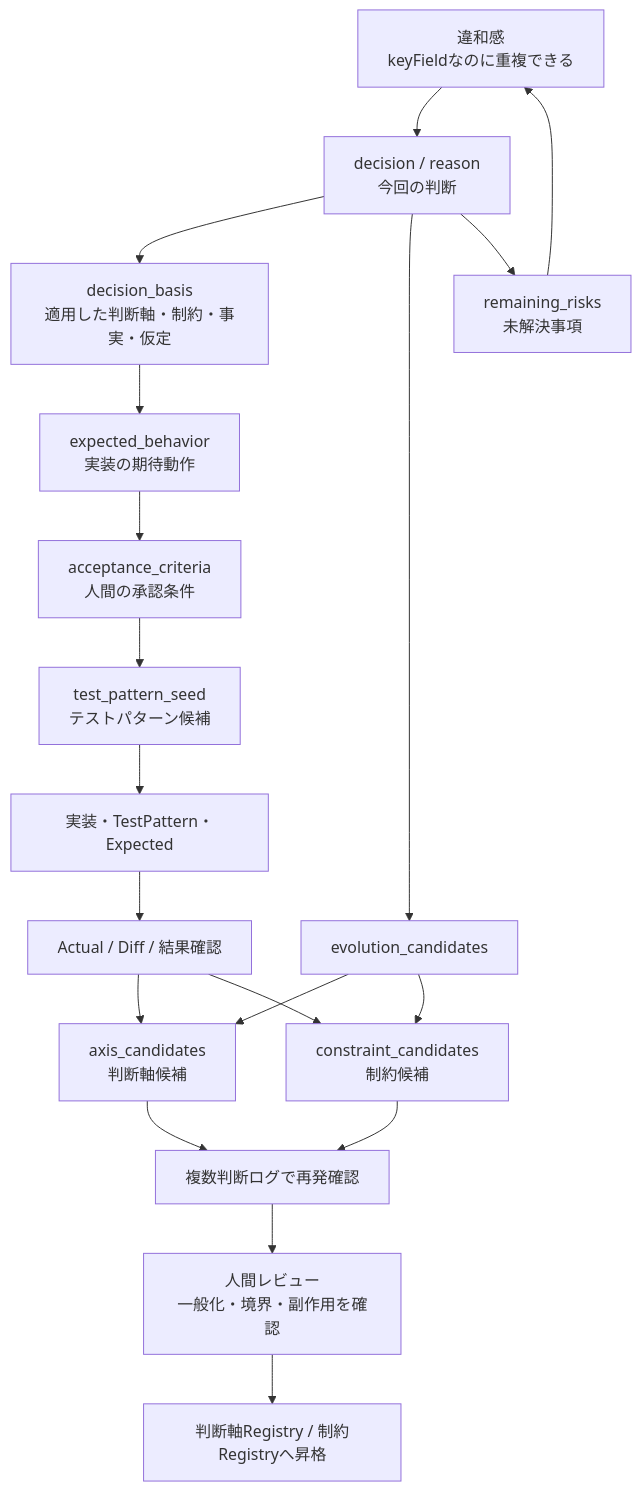
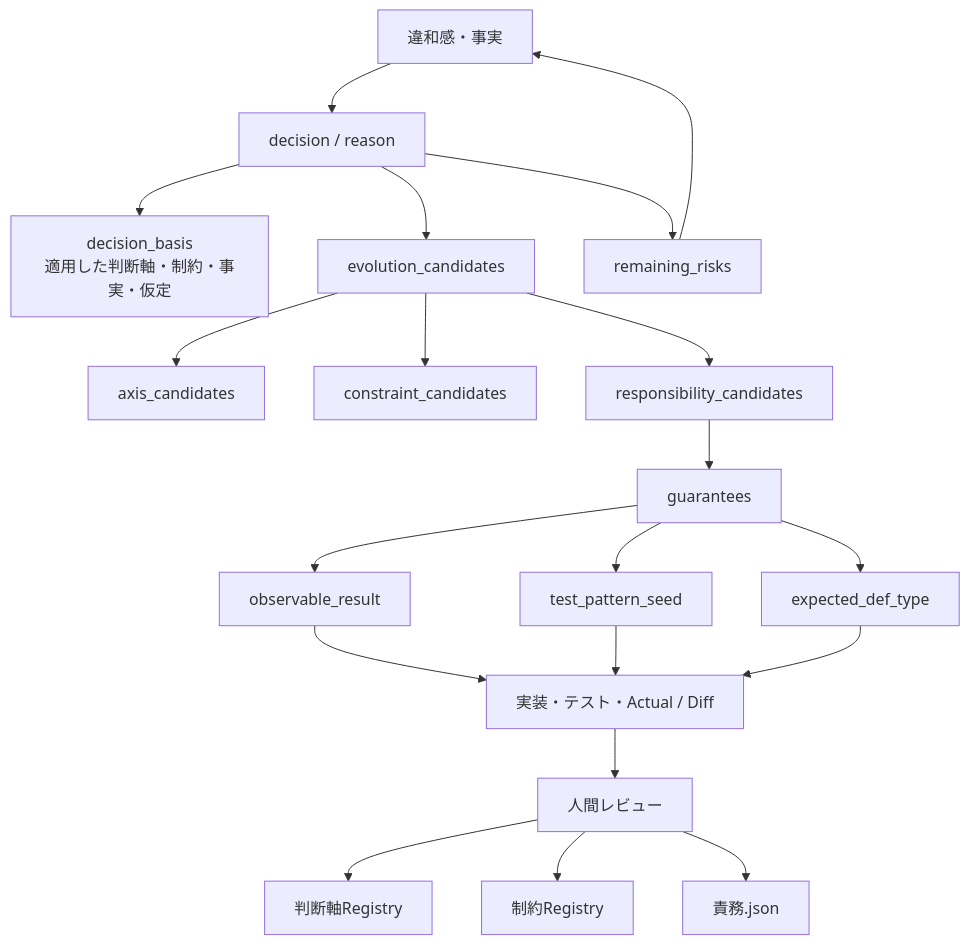
Before and after one commit to tamasub/FRB: the second of 2 diagrams in articles/ai-collaboration-context-decision-log.md, drawn with Mermaid. The commit also changed other lines of this file, not shown here.

Commit message:
ai-collaboration-context-decision-log.md

````diff
--- a/articles/ai-collaboration-context-decision-log.md
+++ b/articles/ai-collaboration-context-decision-log.md
@@ -933,26 +921,27 @@
 ```mermaid
 flowchart TD
-    A[違和感<br/>keyFieldなのに重複できる] --> B[decision / reason<br/>今回の判断]
+    A[違和感・事実] --> B[decision / reason]
     B --> C[decision_basis<br/>適用した判断軸・制約・事実・仮定]
 
-    C --> D[expected_behavior<br/>実装の期待動作]
-    D --> E[acceptance_criteria<br/>人間の承認条件]
-    E --> F[test_pattern_seed<br/>テストパターン候補]
-    F --> G[実装・TestPattern・Expected]
-    G --> H[Actual / Diff / 結果確認]
+    B --> E[evolution_candidates]
+    E --> AX[axis_candidates]
+    E --> CO[constraint_candidates]
+    E --> RE[responsibility_candidates]
 
-    B --> I[evolution_candidates]
-    I --> IA[axis_candidates<br/>判断軸候補]
-    I --> IC[constraint_candidates<br/>制約候補]
+    RE --> G[guarantees]
+    G --> O[observable_result]
+    G --> T[test_pattern_seed]
+    G --> X[expected_def_type]
 
-    H --> IA
-    H --> IC
+    O --> V[実装・テスト・Actual / Diff]
+    T --> V
+    X --> V
 
-    IA --> J[複数判断ログで再発確認]
-    IC --> J
-    J --> K[人間レビュー<br/>一般化・境界・副作用を確認]
-    K --> L[判断軸Registry / 制約Registryへ昇格]
+    V --> REVIEW[人間レビュー]
+    REVIEW --> AR[判断軸Registry]
+    REVIEW --> CR[制約Registry]
+    REVIEW --> RR[責務.json]
 
-    B --> R[remaining_risks<br/>未解決事項]
+    B --> R[remaining_risks]
     R --> A
 ```
````
